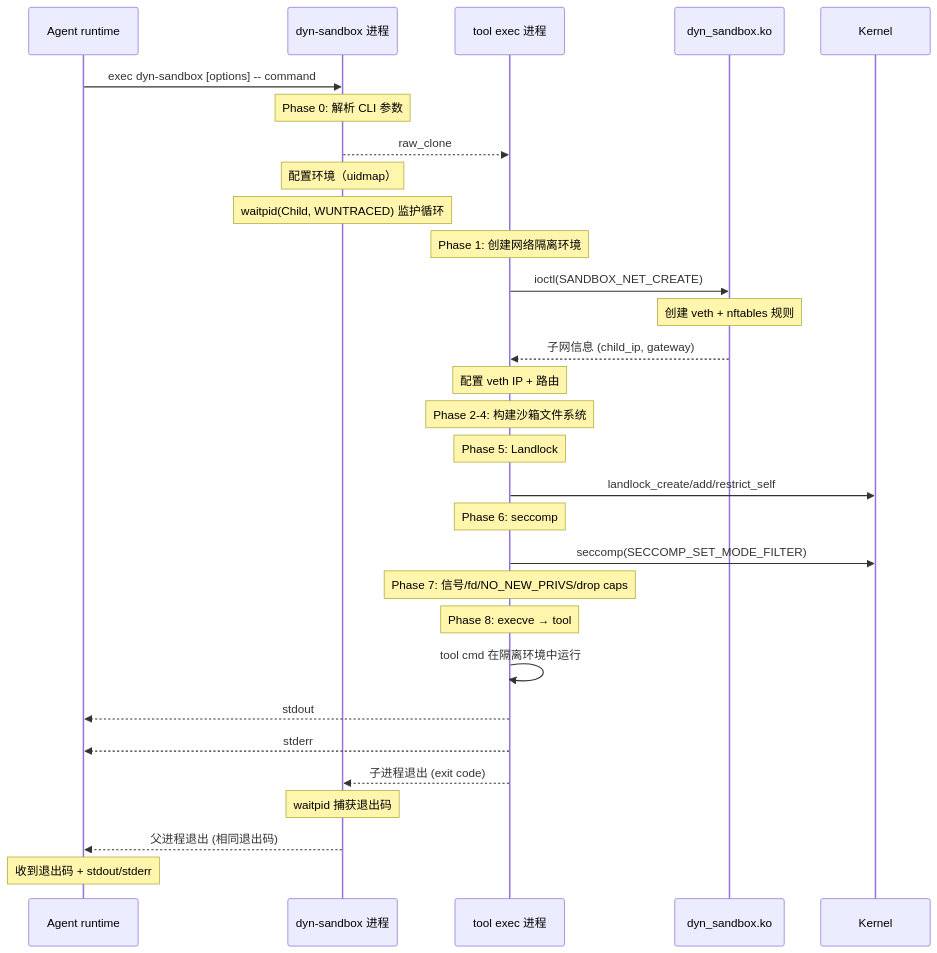
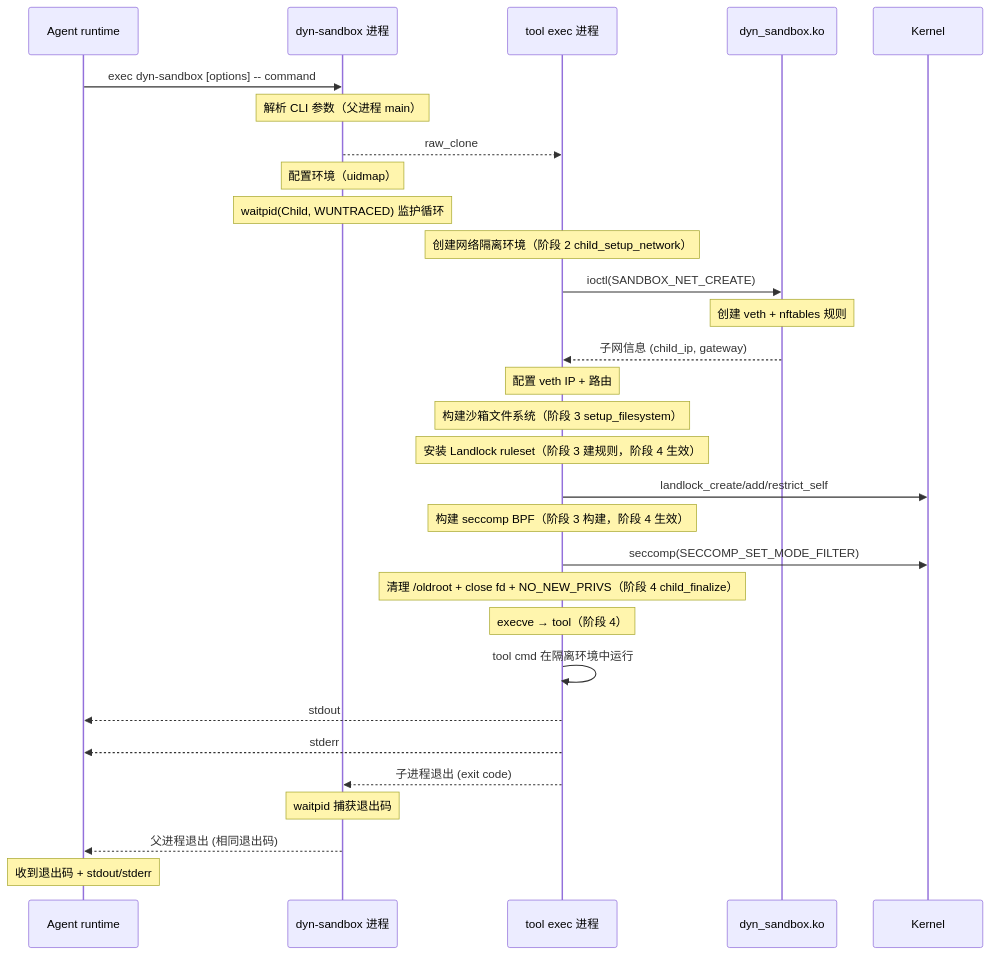
The first of 3 diagrams in tool_dyn_sandbox/docs/dyn-sandbox-design.md (openeuler-mirror/AgentSecurity), drawn with Mermaid before and after one commit. The commit also changed other lines of this file and 5 other files, not shown here.

````diff
--- a/tool_dyn_sandbox/docs/dyn-sandbox-design.md
+++ b/tool_dyn_sandbox/docs/dyn-sandbox-design.md
@@ -171,36 +171,36 @@
 ```mermaid
 sequenceDiagram
     participant Agent as Agent runtime
     participant Parent as dyn-sandbox 进程
     participant Child as tool exec 进程
     participant SK as dyn_sandbox.ko
     participant Kernel as Kernel
 
     Agent->>Parent: exec dyn-sandbox [options] -- command
 
-    Note over Parent: Phase 0: 解析 CLI 参数
+    Note over Parent: 解析 CLI 参数（父进程 main）
     Parent-->>Child: raw_clone
 
     Note over Parent: 配置环境（uidmap）
     Note over Parent: waitpid(Child, WUNTRACED) 监护循环
 
-    Note over Child: Phase 1: 创建网络隔离环境
+    Note over Child: 创建网络隔离环境（阶段 2 child_setup_network）
     Child->>SK: ioctl(SANDBOX_NET_CREATE)
     Note over SK: 创建 veth + nftables 规则
     SK-->>Child: 子网信息 (child_ip, gateway)
     Note over Child: 配置 veth IP + 路由
-    Note over Child: Phase 2-4: 构建沙箱文件系统
-    Note over Child: Phase 5: Landlock
+    Note over Child: 构建沙箱文件系统（阶段 3 setup_filesystem）
+    Note over Child: 安装 Landlock ruleset（阶段 3 建规则，阶段 4 生效）
     Child->>Kernel: landlock_create/add/restrict_self
-    Note over Child: Phase 6: seccomp
+    Note over Child: 构建 seccomp BPF（阶段 3 构建，阶段 4 生效）
     Child->>Kernel: seccomp(SECCOMP_SET_MODE_FILTER)
-    Note over Child: Phase 7: 信号/fd/NO_NEW_PRIVS/drop caps
-    Note over Child: Phase 8: execve → tool
+    Note over Child: 清理 /oldroot + close fd + NO_NEW_PRIVS（阶段 4 child_finalize）
+    Note over Child: execve → tool（阶段 4）
     Child->>Child: tool cmd 在隔离环境中运行
     Child-->>Agent: stdout
     Child-->>Agent: stderr
     Child-->>Parent: 子进程退出 (exit code)
     Note over Parent: waitpid 捕获退出码
     Parent-->>Agent: 父进程退出 (相同退出码)
     Note over Agent: 收到退出码 + stdout/stderr
 ```
````
